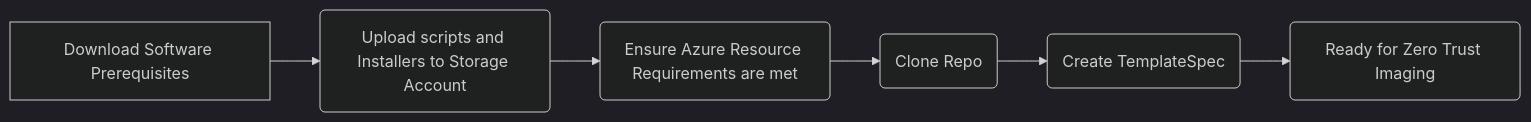
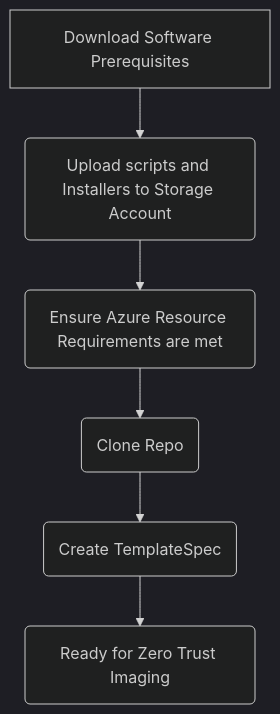
Before and after one commit to mikedzikowski/ZTAImage: the diagram in README.md, drawn with Mermaid (dark theme).

````diff
--- a/README.md
+++ b/README.md
@@ -5,5 +5,5 @@
 ```mermaid
-graph LR;
+graph TD;
 
     A[Download Software Prerequisites] -->B(Upload scripts and Installers to Storage Account)-->C(Ensure Azure Resource Requirements are met) -->D(Clone Repo) --> E(Create TemplateSpec)--> F(Ready for Zero Trust Imaging)
 ```
````
